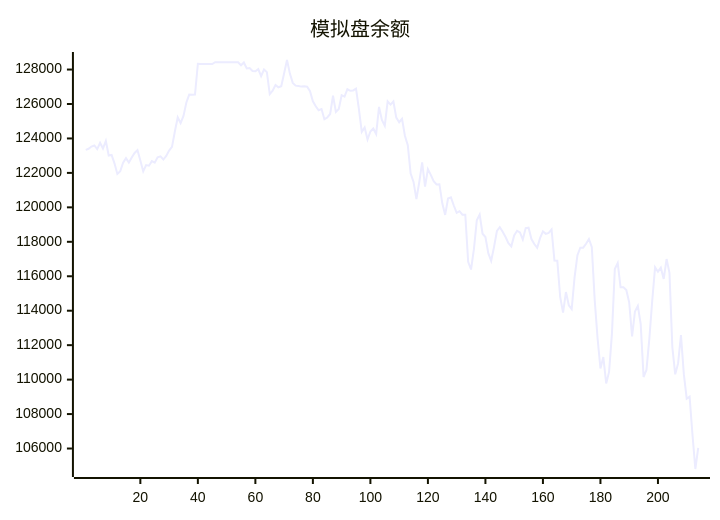
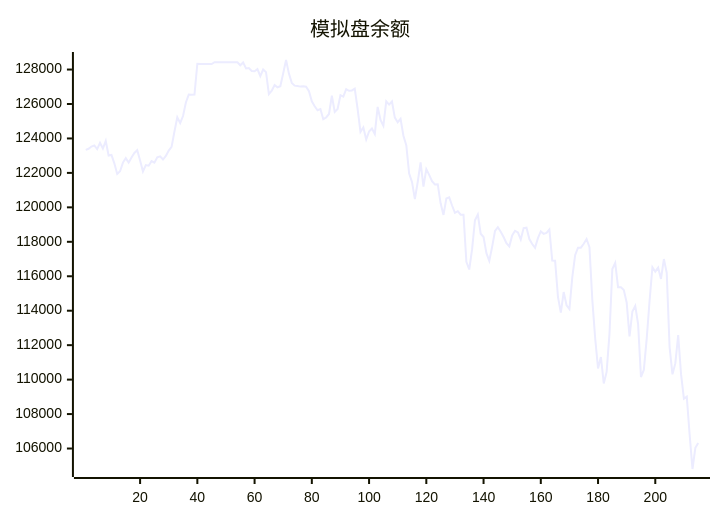
Before and after one commit to aahl/ai-trading: the diagram in README.md, drawn with Mermaid. The commit also changed other lines of this file and 1 other file, not shown here.

````diff
--- a/README.md
+++ b/README.md
@@ -5,5 +5,5 @@
 ```mermaid
 xychart
     title "模拟盘余额"
-    line [123338,123402,123530,123592,123378,123745,123413,123853,123009,123040,122557,121938,122095,122599,122856,122597,122898,123160,123319,122719,122087,122454,122416,122685,122592,122907,122961,122776,122981,123295,123507,124403,125224,124894,125303,126088,126544,126534,126549,128335,128318,128318,128318,128318,128318,128424,128424,128424,128424,128424,128424,128424,128424,128424,128247,128412,128062,128087,127917,127901,128026,127611,128000,127850,126572,126770,127100,126971,127029,127783,128554,127765,127224,127064,127044,127009,127025,127004,126738,126152,125871,125635,125707,125117,125217,125420,126480,125545,125715,126511,126424,126856,126764,126788,126890,125710,124381,124632,123936,124402,124574,124256,125833,125070,124739,126154,125966,126145,125213,124943,125143,124157,123604,121959,121476,120476,121470,122610,121201,122221,121889,121522,121332,121344,120232,119559,120513,120577,120108,119680,119777,119572,119568,116839,116392,117573,119250,119585,118469,118277,117338,116897,117706,118628,118849,118579,118280,117926,117735,118373,118639,118544,118136,118798,118819,118162,117874,117649,118215,118601,118463,118517,118713,116911,116899,114798,113887,115084,114313,114091,115934,117221,117658,117658,117883,118164,117693,114632,112403,110644,111313,109777,110444,112673,116419,116772,115355,115355,115198,114476,112510,113954,114276,113223,110151,110561,112361,114562,116522,116265,116500,115845,117000,116199,111887,110306,110942,112588,110318,108891,109011,106814,104811,106038]
+    line [123338,123402,123530,123592,123378,123745,123413,123853,123009,123040,122557,121938,122095,122599,122856,122597,122898,123160,123319,122719,122087,122454,122416,122685,122592,122907,122961,122776,122981,123295,123507,124403,125224,124894,125303,126088,126544,126534,126549,128335,128318,128318,128318,128318,128318,128424,128424,128424,128424,128424,128424,128424,128424,128424,128247,128412,128062,128087,127917,127901,128026,127611,128000,127850,126572,126770,127100,126971,127029,127783,128554,127765,127224,127064,127044,127009,127025,127004,126738,126152,125871,125635,125707,125117,125217,125420,126480,125545,125715,126511,126424,126856,126764,126788,126890,125710,124381,124632,123936,124402,124574,124256,125833,125070,124739,126154,125966,126145,125213,124943,125143,124157,123604,121959,121476,120476,121470,122610,121201,122221,121889,121522,121332,121344,120232,119559,120513,120577,120108,119680,119777,119572,119568,116839,116392,117573,119250,119585,118469,118277,117338,116897,117706,118628,118849,118579,118280,117926,117735,118373,118639,118544,118136,118798,118819,118162,117874,117649,118215,118601,118463,118517,118713,116911,116899,114798,113887,115084,114313,114091,115934,117221,117658,117658,117883,118164,117693,114632,112403,110644,111313,109777,110444,112673,116419,116772,115355,115355,115198,114476,112510,113954,114276,113223,110151,110561,112361,114562,116522,116265,116500,115845,117000,116199,111887,110306,110942,112588,110318,108891,109011,106814,104811,106038,106327]
 ```
````
